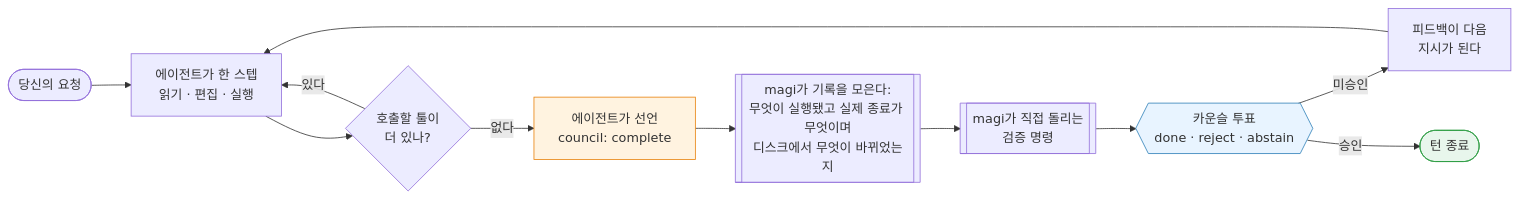
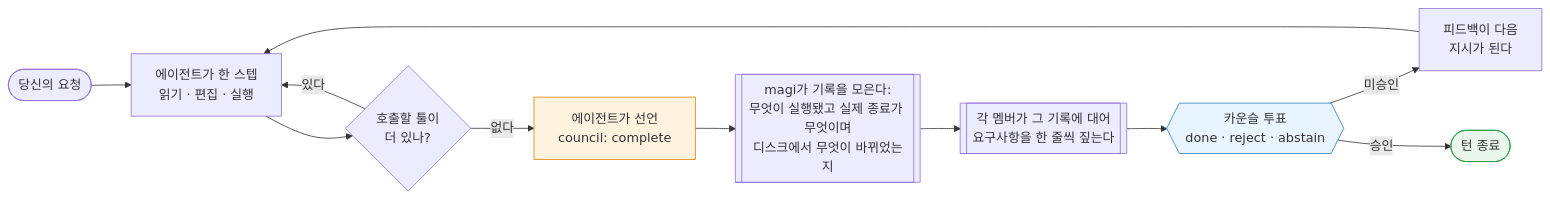
One commit to sayaya1090/magi changed the first of 5 diagrams in README.ko.md. Above: the diagram before and after it, drawn with Mermaid. The commit also changed other lines of this file and 15 other files, not shown here.

````diff
--- a/README.ko.md
+++ b/README.ko.md
@@ -56,16 +56,16 @@
 ```mermaid
 flowchart LR
     P([당신의 요청]) --> S[에이전트가 한 스텝<br/>읽기 · 편집 · 실행]
     S --> T{호출할 툴이<br/>더 있나?}
     T -->|있다| S
     T -->|없다| D[에이전트가 선언<br/>council: complete]
     D --> R[[magi가 기록을 모은다:<br/>무엇이 실행됐고 실제 종료가 무엇이며<br/>디스크에서 무엇이 바뀌었는지]]
-    R --> V[[magi가 직접 돌리는<br/>검증 명령]]
+    R --> V[[각 멤버가 그 기록에 대어<br/>요구사항을 한 줄씩 짚는다]]
     V --> C{{카운슬 투표<br/>done · reject · abstain}}
     C -->|미승인| F[피드백이 다음<br/>지시가 된다] --> S
     C -->|승인| E([턴 종료])
 
     style D fill:#fff3e0,stroke:#e8820c
     style C fill:#e8f4ff,stroke:#2c7fb8
     style E fill:#e8f6ec,stroke:#2f9e44
 ```
````
